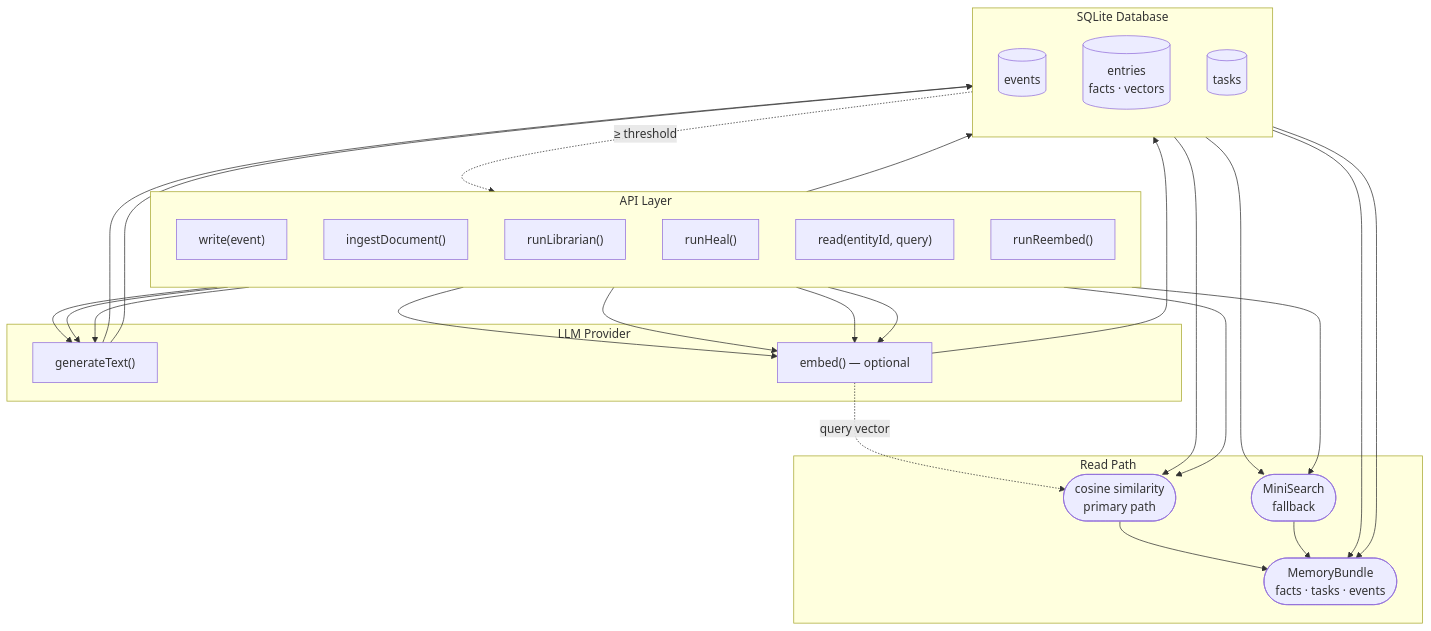
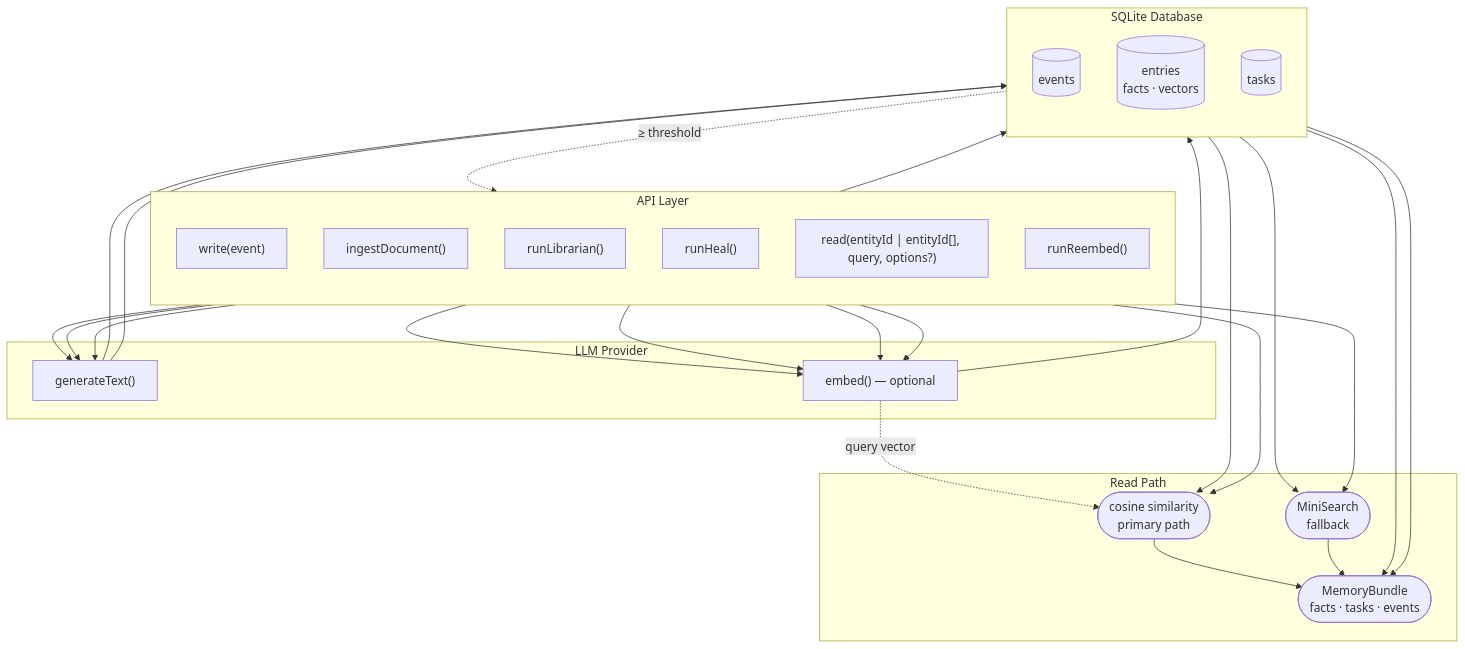
The first of 3 diagrams in README.md (equationalapplications/expo-llm-wiki), drawn with Mermaid before and after one commit. The commit also changed other lines of this file and 2 other files, not shown here.

Commit message:
docs: finalize multi-entity weighted retrieval docs across root, core, and spec

````diff
--- a/README.md
+++ b/README.md
@@ -32,59 +32,59 @@
 ```mermaid
 flowchart TB
     subgraph API["API Layer"]
         direction TB
         write["write(event)"]
         ingest["ingestDocument()"]
         librarian["runLibrarian()"]
         heal["runHeal()"]
-        read["read(entityId, query)"]
+        read["read(entityId | entityId[], query, options?)"]
         reembed["runReembed()"]
     end
 
     subgraph LLMLayer["LLM Provider"]
         LLM["generateText()"]
         EmbedFn["embed() — optional"]
     end
 
     subgraph DB["SQLite Database"]
         direction TB
         events[(events)]
         entries[("entries\nfacts · vectors")]
         tasks[(tasks)]
     end
 
     subgraph ReadPath["Read Path"]
         CosineSim(["cosine similarity\nprimary path"])
         MSFallback(["MiniSearch\nfallback"])
         Bundle(["MemoryBundle\nfacts · tasks · events"])
     end
 
     %% Write paths
     write --> events
     events -. "≥ threshold" .-> librarian
 
     %% LLM text generation → DB writes
     librarian --> LLM
     heal --> LLM
     ingest --> LLM
     LLM --> entries
     LLM --> tasks
 
     %% Embedding on mutation
     librarian --> EmbedFn
     heal --> EmbedFn
     ingest --> EmbedFn
     reembed --> EmbedFn
     EmbedFn --> entries
 
     %% Read path
     read --> CosineSim
     read --> MSFallback
     EmbedFn -. "query vector" .-> CosineSim
     entries --> CosineSim
     entries --> MSFallback
     CosineSim --> Bundle
     MSFallback --> Bundle
     tasks --> Bundle
     events --> Bundle
 ```
````
